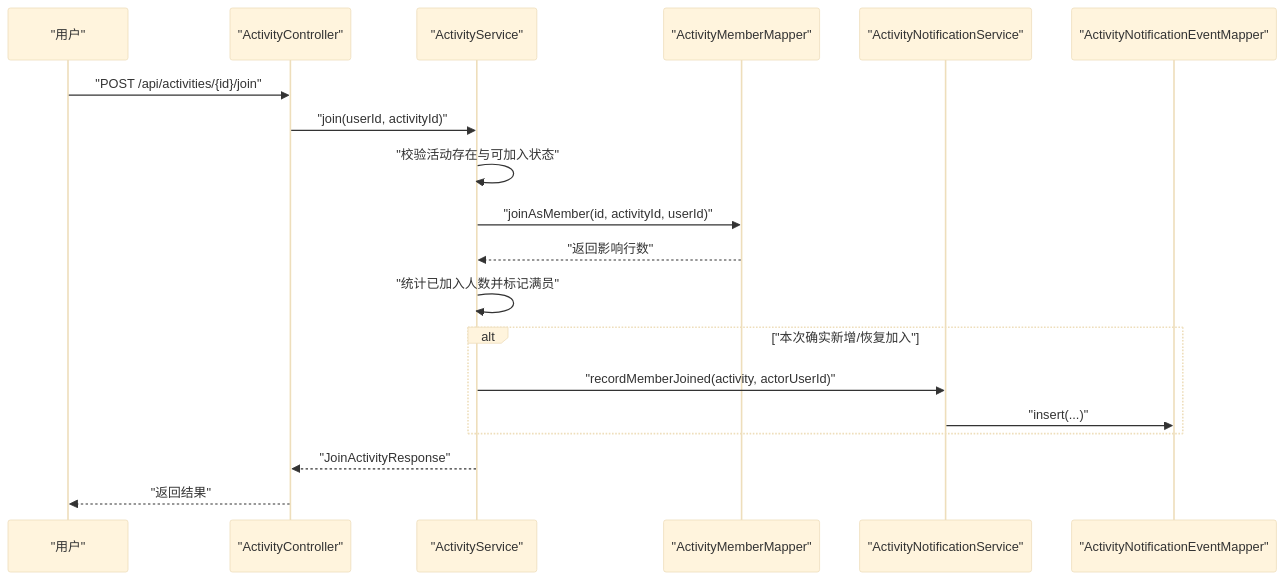
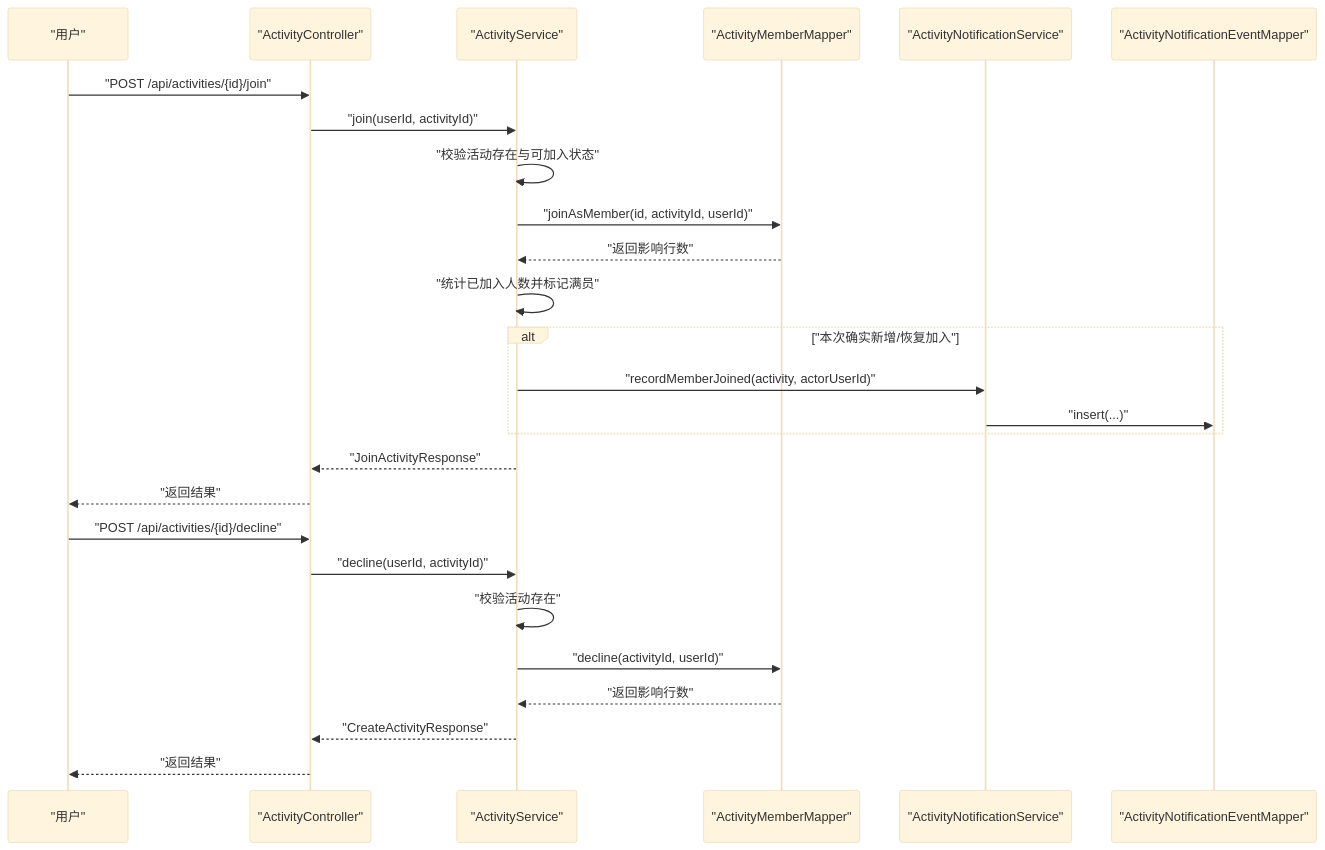
Before and after one commit to cwxiao/zugeju: the second of 7 diagrams in .qoder/repowiki/zh/content/后端开发/活动管理模块/成员招募系统.md, drawn with Mermaid (base theme). The commit also changed other lines of this file and 72 other files, not shown here.

First line of the commit message:
前端：将UI资源装饰图融入各页面，提升视觉丰富度

````diff
--- a/.qoder/repowiki/zh/content/后端开发/活动管理模块/成员招募系统.md
+++ b/.qoder/repowiki/zh/content/后端开发/活动管理模块/成员招募系统.md
@@ -104,21 +114,28 @@
 ```mermaid
 sequenceDiagram
 participant U as "用户"
 participant C as "ActivityController"
 participant S as "ActivityService"
 participant M as "ActivityMemberMapper"
 participant N as "ActivityNotificationService"
 participant E as "ActivityNotificationEventMapper"
 U->>C : "POST /api/activities/{id}/join"
 C->>S : "join(userId, activityId)"
 S->>S : "校验活动存在与可加入状态"
 S->>M : "joinAsMember(id, activityId, userId)"
 M-->>S : "返回影响行数"
 S->>S : "统计已加入人数并标记满员"
 alt "本次确实新增/恢复加入"
 S->>N : "recordMemberJoined(activity, actorUserId)"
 N->>E : "insert(...)"
 end
 S-->>C : "JoinActivityResponse"
 C-->>U : "返回结果"
+U->>C : "POST /api/activities/{id}/decline"
+C->>S : "decline(userId, activityId)"
+S->>S : "校验活动存在"
+S->>M : "decline(activityId, userId)"
+M-->>S : "返回影响行数"
+S-->>C : "CreateActivityResponse"
+C-->>U : "返回结果"
 ```
````
